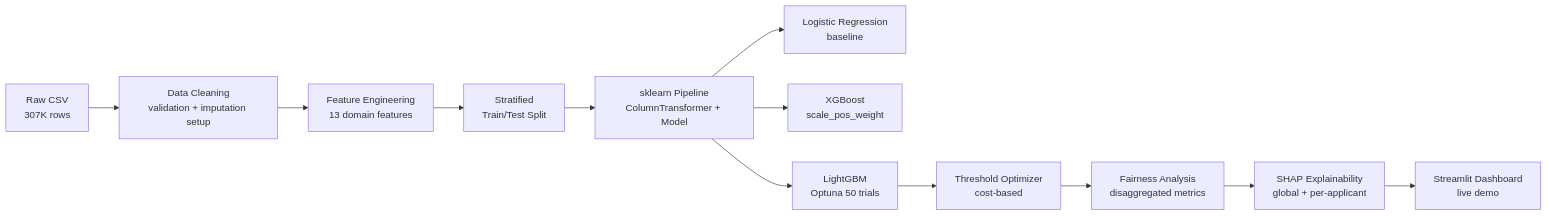
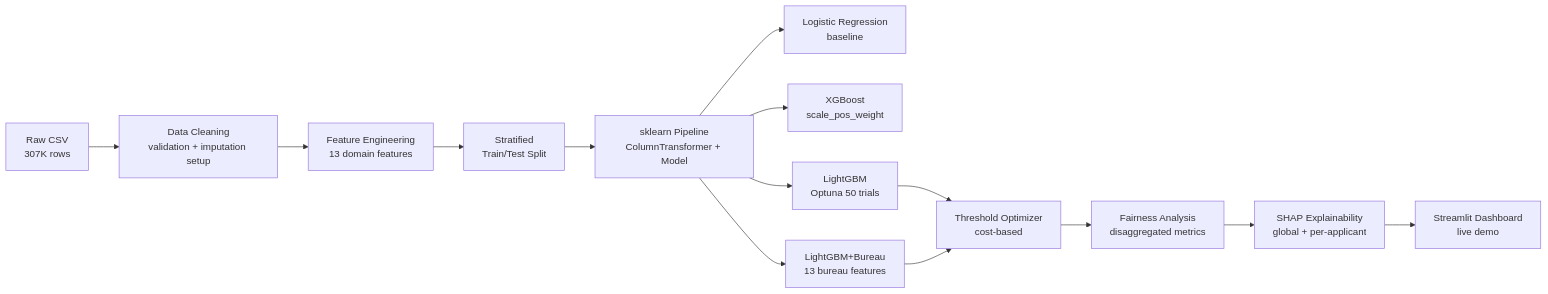
One commit to vergisodd/Credit-Risk-Intelligence-System changed the diagram in README.md. Above: the diagram before and after it, drawn with Mermaid. The commit also changed other lines of this file and 9 other files, not shown here.

Commit message:
docs: final README polish — fix placeholders, AUC context, Mermaid, limitations

````diff
--- a/README.md
+++ b/README.md
@@ -30,14 +35,16 @@
 ```mermaid
 flowchart LR
-    A[Raw CSV\n307K rows] --> B[Data Cleaning\nvalidation + imputation setup]
-    B --> C[Feature Engineering\n13 domain features]
-    C --> D[Stratified\nTrain/Test Split]
-    D --> E[sklearn Pipeline\nColumnTransformer + Model]
-    E --> F1[Logistic Regression\nbaseline]
-    E --> F2[XGBoost\nscale_pos_weight]
-    E --> F3[LightGBM\nOptuna 50 trials]
-    F3 --> G[Threshold Optimizer\ncost-based]
-    G --> H[Fairness Analysis\ndisaggregated metrics]
-    H --> I[SHAP Explainability\nglobal + per-applicant]
-    I --> J[Streamlit Dashboard\nlive demo]
+    A["Raw CSV<br/>307K rows"] --> B["Data Cleaning<br/>validation + imputation setup"]
+    B --> C["Feature Engineering<br/>13 domain features"]
+    C --> D["Stratified<br/>Train/Test Split"]
+    D --> E["sklearn Pipeline<br/>ColumnTransformer + Model"]
+    E --> F1["Logistic Regression<br/>baseline"]
+    E --> F2["XGBoost<br/>scale_pos_weight"]
+    E --> F3["LightGBM<br/>Optuna 50 trials"]
+    E --> F4["LightGBM+Bureau<br/>13 bureau features"]
+    F3 --> G["Threshold Optimizer<br/>cost-based"]
+    F4 --> G
+    G --> H["Fairness Analysis<br/>disaggregated metrics"]
+    H --> I["SHAP Explainability<br/>global + per-applicant"]
+    I --> J["Streamlit Dashboard<br/>live demo"]
 ```
````
